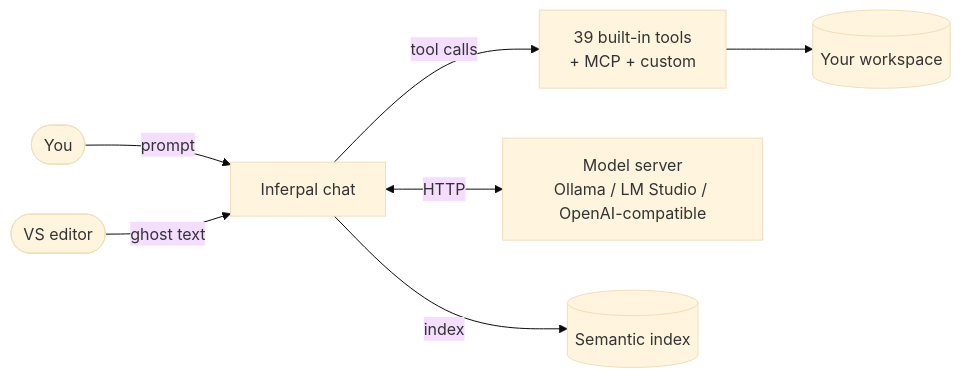
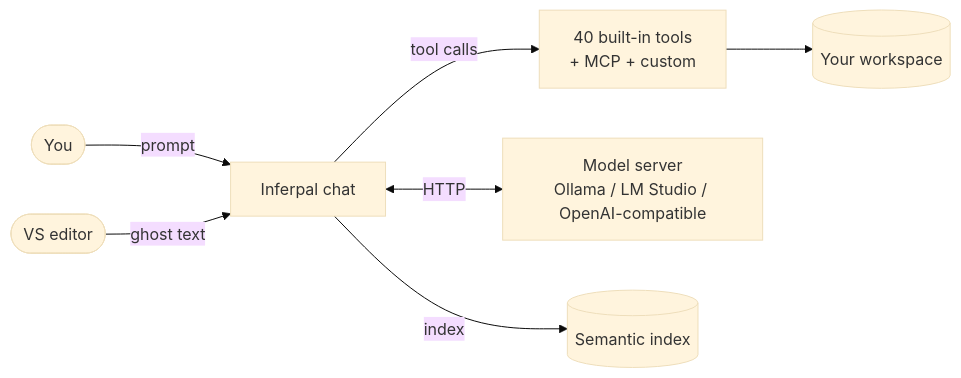
One commit to EstaxNet/Inferpal changed the diagram in docs/README.md. Above: the diagram before and after it, drawn with Mermaid (base theme). The commit also changed other lines of this file and 20 other files, not shown here.

````diff
--- a/docs/README.md
+++ b/docs/README.md
@@ -39,9 +39,9 @@
 ```mermaid
 flowchart LR
     user([You]) -->|prompt| chat[Inferpal chat]
-    chat -->|tool calls| tools[39 built-in tools<br/>+ MCP + custom]
+    chat -->|tool calls| tools[40 built-in tools<br/>+ MCP + custom]
     chat <-->|HTTP| provider[Model server<br/>Ollama / LM Studio / OpenAI-compatible]
     tools --> ws[(Your workspace)]
     editor([VS editor]) -->|ghost text| chat
     chat -->|index| rag[(Semantic index)]
 ```
````
